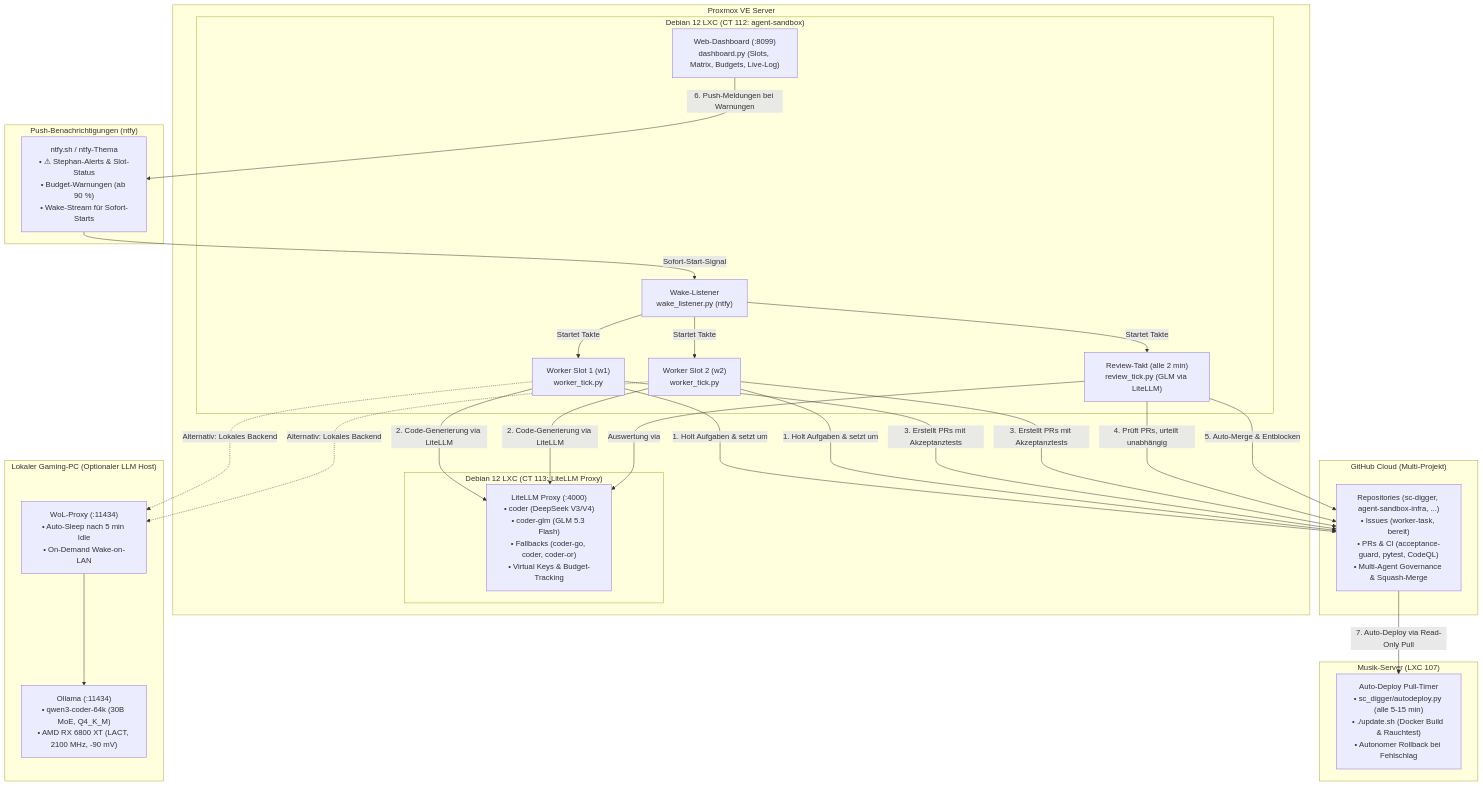
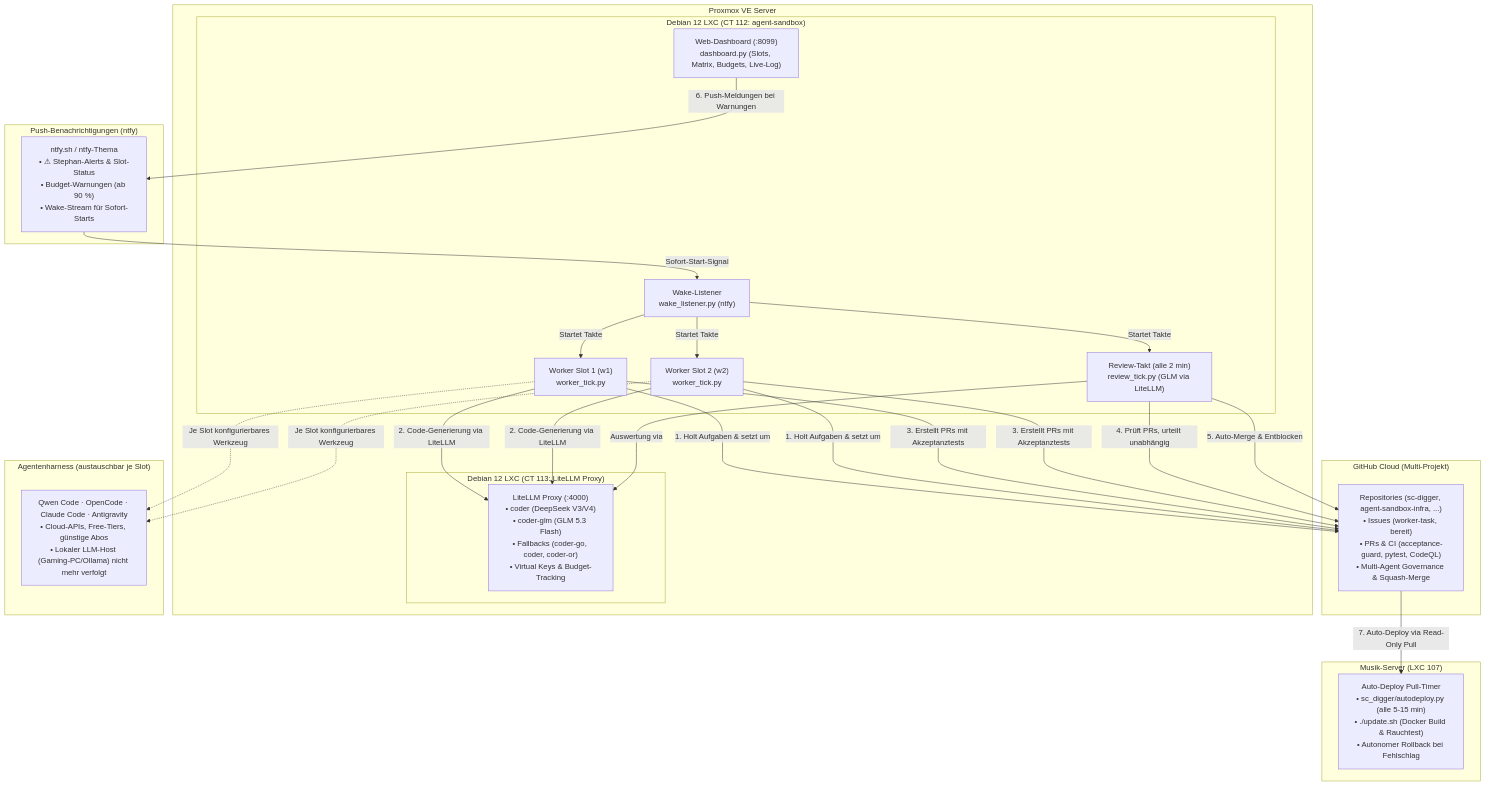
The diagram in README.md (tripitest-art/agent-sandbox-infra), drawn with Mermaid before and after one commit. The commit also changed other lines of this file and 2 other files, not shown here.

Commit message:
docs: README und ROADMAP auf aktuellen Stand bringen, Kurswechsel weg von lokalem LLM-Host dokumentieren
Viele der zuletzt gemergten Features waren bereits textlich erfasst; ergänzt wurden fehlende
Querverweise sowie der strategische Kurswechsel: Das lokale LLM-Host-Konzept (Gaming-PC, Ollama,
WoL-Proxy) wird wegen Ineffizienz nicht mehr verfolgt. Fokus liegt künftig auf Cloud-Agenten über
Free-Tiers und günstigen Abos (z. B. OpenCode), der austauschbaren Agentenharness (Qwen Code,
OpenCode, Claude, Antigravity) und laufender Pipeline-Optimierung statt eigener Hardware.

````diff
--- a/README.md
+++ b/README.md
@@ -9,49 +11,47 @@
 ```mermaid
 flowchart TD
     subgraph GitHub["GitHub Cloud (Multi-Projekt)"]
         REPO["Repositories (sc-digger, agent-sandbox-infra, ...)<br>• Issues (worker-task, bereit)<br>• PRs & CI (acceptance-guard, pytest, CodeQL)<br>• Multi-Agent Governance & Squash-Merge"]
     end
 
     subgraph Proxmox["Proxmox VE Server"]
         subgraph CT112["Debian 12 LXC (CT 112: agent-sandbox)"]
             W1["Worker Slot 1 (w1)<br>worker_tick.py"]
             W2["Worker Slot 2 (w2)<br>worker_tick.py"]
             REV["Review-Takt (alle 2 min)<br>review_tick.py (GLM via LiteLLM)"]
             DASH["Web-Dashboard (:8099)<br>dashboard.py (Slots, Matrix, Budgets, Live-Log)"]
             WAKE["Wake-Listener<br>wake_listener.py (ntfy)"]
         end
 
         subgraph LXC113["Debian 12 LXC (CT 113: LiteLLM Proxy)"]
             LLM_PROXY["LiteLLM Proxy (:4000)<br>• coder (DeepSeek V3/V4)<br>• coder-glm (GLM 5.3 Flash)<br>• Fallbacks (coder-go, coder, coder-or)<br>• Virtual Keys & Budget-Tracking"]
         end
     end
 
-    subgraph LLM_Host["Lokaler Gaming-PC (Optionaler LLM Host)"]
-        WOL_PROXY["WoL-Proxy (:11434)<br>• Auto-Sleep nach 5 min Idle<br>• On-Demand Wake-on-LAN"]
-        OLLAMA["Ollama (:11434)<br>• qwen3-coder-64k (30B MoE, Q4_K_M)<br>• AMD RX 6800 XT (LACT, 2100 MHz, -90 mV)"]
-        WOL_PROXY --> OLLAMA
+    subgraph Harness["Agentenharness (austauschbar je Slot)"]
+        HARNESS["Qwen Code · OpenCode · Claude Code · Antigravity<br>• Cloud-APIs, Free-Tiers, günstige Abos<br>• Lokaler LLM-Host (Gaming-PC/Ollama) nicht mehr verfolgt"]
     end
 
     subgraph Notifications["Push-Benachrichtigungen (ntfy)"]
         NTFY["ntfy.sh / ntfy-Thema<br>• ⚠ Stephan-Alerts & Slot-Status<br>• Budget-Warnungen (ab 90 %)<br>• Wake-Stream für Sofort-Starts"]
     end
 
     subgraph MusicServer["Musik-Server (LXC 107)"]
         DEPLOY["Auto-Deploy Pull-Timer<br>• sc_digger/autodeploy.py (alle 5-15 min)<br>• ./update.sh (Docker Build & Rauchtest)<br>• Autonomer Rollback bei Fehlschlag"]
     end
 
     W1 & W2 -->|1. Holt Aufgaben & setzt um| REPO
     W1 & W2 -->|2. Code-Generierung via LiteLLM| LLM_PROXY
-    W1 & W2 -.->|Alternativ: Lokales Backend| WOL_PROXY
+    W1 & W2 -.->|Je Slot konfigurierbares Werkzeug| HARNESS
     W1 & W2 -->|3. Erstellt PRs mit Akzeptanztests| REPO
 
     REV -->|4. Prüft PRs, urteilt unabhängig| REPO
     REV -->|5. Auto-Merge & Entblocken| REPO
     REV -->|Auswertung via| LLM_PROXY
 
     DASH -->|6. Push-Meldungen bei Warnungen| NTFY
     NTFY -->|Sofort-Start-Signal| WAKE
     WAKE -->|Startet Takte| W1 & W2 & REV
 
     REPO -->|7. Auto-Deploy via Read-Only Pull| DEPLOY
 ```
````
